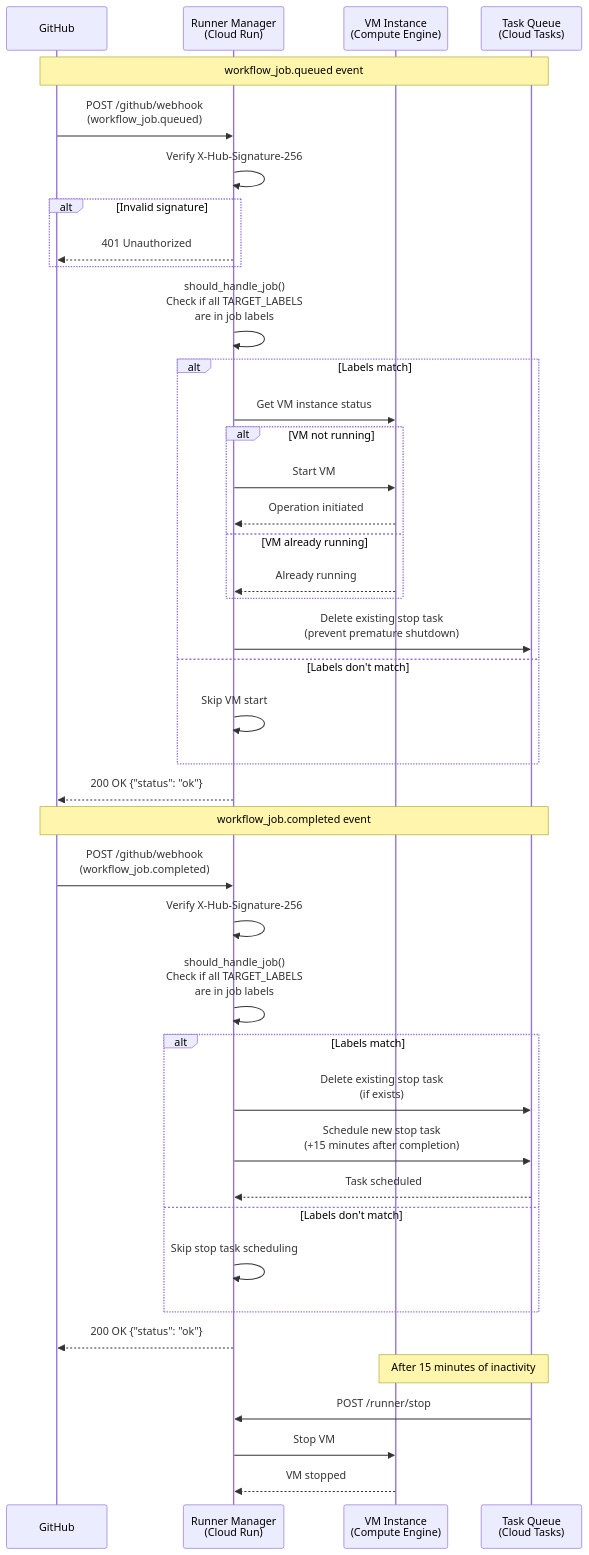
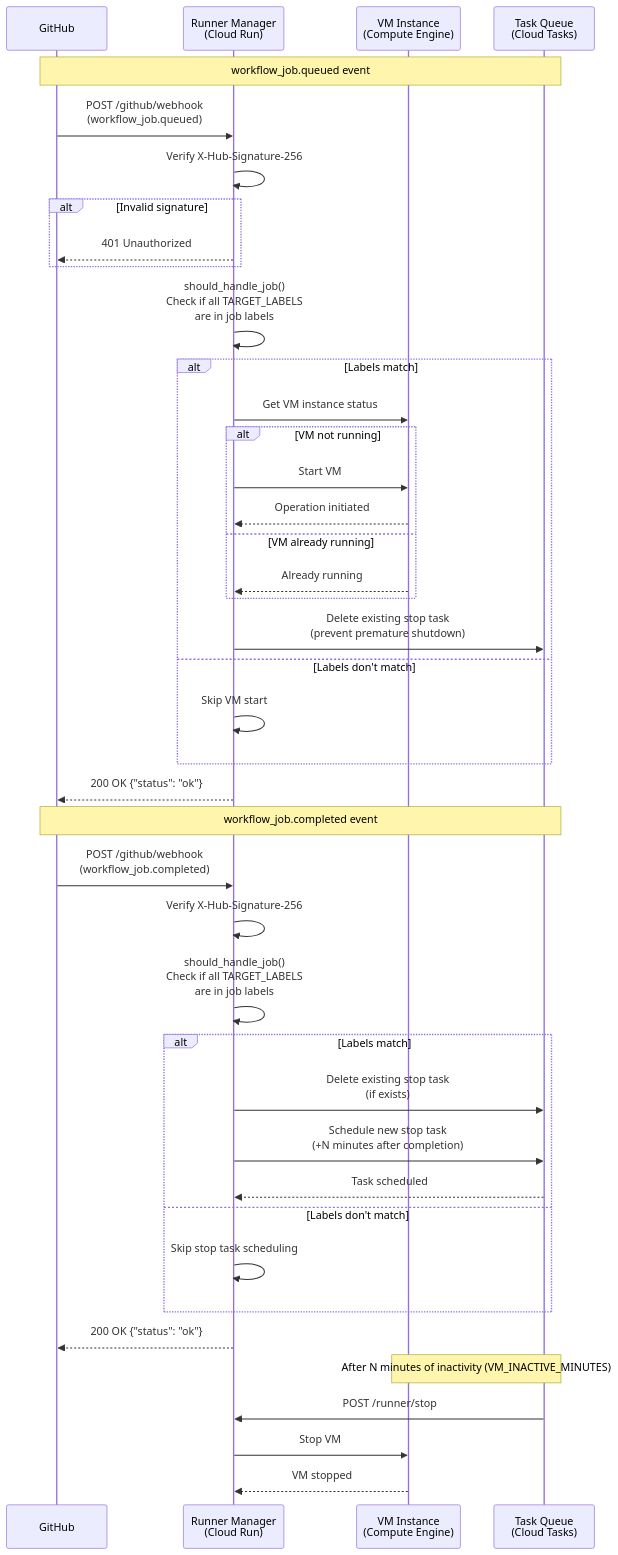
Before and after one commit to nakamasato/gha-vm-self-hosted-runner: the second of 2 diagrams in app/runner-manager/README.md, drawn with Mermaid. The commit also changed other lines of this file, not shown here.

Commit message:
Change hardcoded time values to variable notation in diagrams
- Replace '15 minutes' with 'N minutes' in architecture diagram
- Replace '+15 minutes' with '+N minutes' in sequence diagram
- Makes diagrams generic and configurable via VM_INACTIVE_MINUTES

🤖 Generated with [Claude Code](https://claude.com/claude-code)

````diff
--- a/app/runner-manager/README.md
+++ b/app/runner-manager/README.md
@@ -90,54 +90,54 @@
 ```mermaid
 sequenceDiagram
     participant GitHub
     participant CloudRun as Runner Manager<br/>(Cloud Run)
     participant ComputeEngine as VM Instance<br/>(Compute Engine)
     participant CloudTasks as Task Queue<br/>(Cloud Tasks)
 
     Note over GitHub,CloudTasks: workflow_job.queued event
     GitHub->>CloudRun: POST /github/webhook<br/>(workflow_job.queued)
     CloudRun->>CloudRun: Verify X-Hub-Signature-256
 
     alt Invalid signature
         CloudRun-->>GitHub: 401 Unauthorized
     end
 
     CloudRun->>CloudRun: should_handle_job()<br/>Check if all TARGET_LABELS<br/>are in job labels
 
     alt Labels match
         CloudRun->>ComputeEngine: Get VM instance status
 
         alt VM not running
             CloudRun->>ComputeEngine: Start VM
             ComputeEngine-->>CloudRun: Operation initiated
         else VM already running
             ComputeEngine-->>CloudRun: Already running
         end
 
         CloudRun->>CloudTasks: Delete existing stop task<br/>(prevent premature shutdown)
     else Labels don't match
         CloudRun->>CloudRun: Skip VM start
     end
 
     CloudRun-->>GitHub: 200 OK {"status": "ok"}
 
     Note over GitHub,CloudTasks: workflow_job.completed event
     GitHub->>CloudRun: POST /github/webhook<br/>(workflow_job.completed)
     CloudRun->>CloudRun: Verify X-Hub-Signature-256
     CloudRun->>CloudRun: should_handle_job()<br/>Check if all TARGET_LABELS<br/>are in job labels
 
     alt Labels match
         CloudRun->>CloudTasks: Delete existing stop task<br/>(if exists)
-        CloudRun->>CloudTasks: Schedule new stop task<br/>(+15 minutes after completion)
+        CloudRun->>CloudTasks: Schedule new stop task<br/>(+N minutes after completion)
         CloudTasks-->>CloudRun: Task scheduled
     else Labels don't match
         CloudRun->>CloudRun: Skip stop task scheduling
     end
 
     CloudRun-->>GitHub: 200 OK {"status": "ok"}
 
-    Note over CloudTasks,ComputeEngine: After 15 minutes of inactivity
+    Note over CloudTasks,ComputeEngine: After N minutes of inactivity (VM_INACTIVE_MINUTES)
     CloudTasks->>CloudRun: POST /runner/stop
     CloudRun->>ComputeEngine: Stop VM
     ComputeEngine-->>CloudRun: VM stopped
 ```
````
